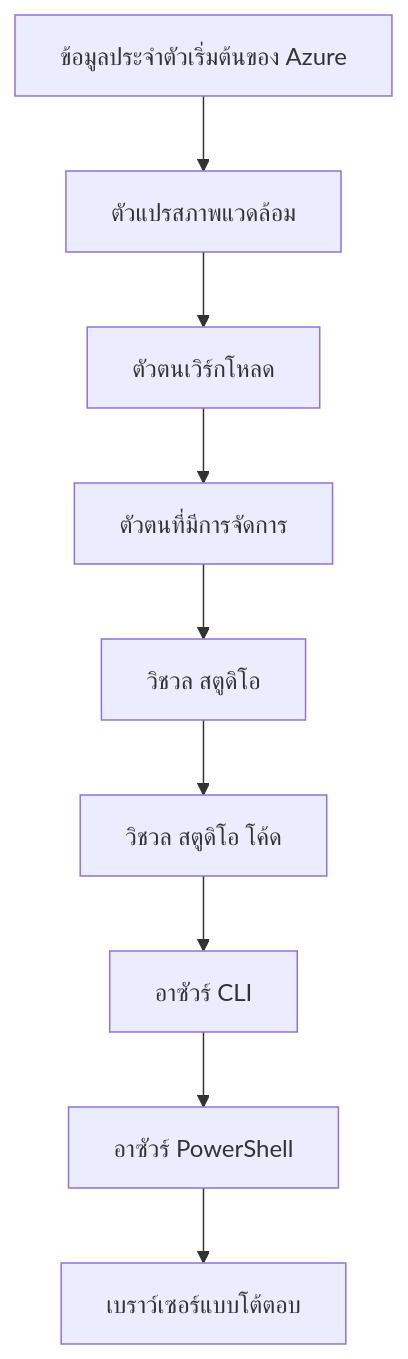
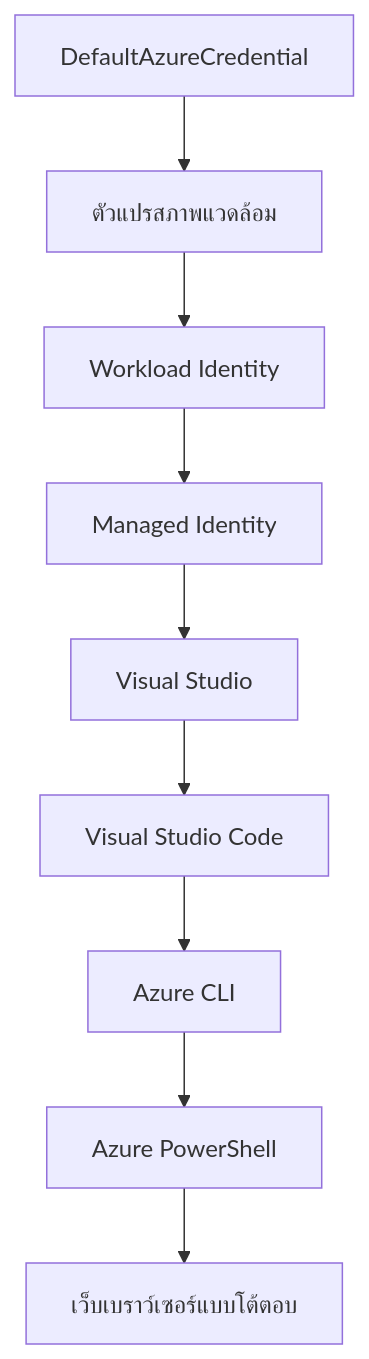
Before and after one commit to microsoft/AZD-for-beginners: the second of 2 diagrams in translations/th/docs/chapter-01-foundation/azd-basics.md, drawn with Mermaid. The commit also changed other lines of this file and 101 other files, not shown here.

````diff
--- a/translations/th/docs/chapter-01-foundation/azd-basics.md
+++ b/translations/th/docs/chapter-01-foundation/azd-basics.md
@@ -557,11 +591,11 @@
 ```mermaid
 graph TD
-    A[ข้อมูลประจำตัวเริ่มต้นของ Azure] --> B[ตัวแปรสภาพแวดล้อม]
-    B --> C[ตัวตนเวิร์กโหลด]
-    C --> D[ตัวตนที่มีการจัดการ]
-    D --> E[วิชวล สตูดิโอ]
-    E --> F[วิชวล สตูดิโอ โค้ด]
-    F --> G[อาซัวร์ CLI]
-    G --> H[อาซัวร์ PowerShell]
-    H --> I[เบราว์เซอร์แบบโต้ตอบ]
+    A[DefaultAzureCredential] --> B[ตัวแปรสภาพแวดล้อม]
+    B --> C[Workload Identity]
+    C --> D[Managed Identity]
+    D --> E[Visual Studio]
+    E --> F[Visual Studio Code]
+    F --> G[Azure CLI]
+    G --> H[Azure PowerShell]
+    H --> I[เว็บเบราว์เซอร์แบบโต้ตอบ]
 ```
````
